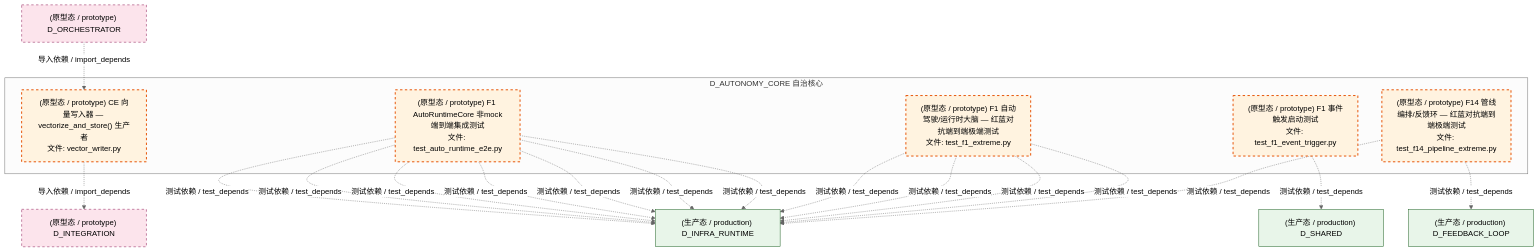
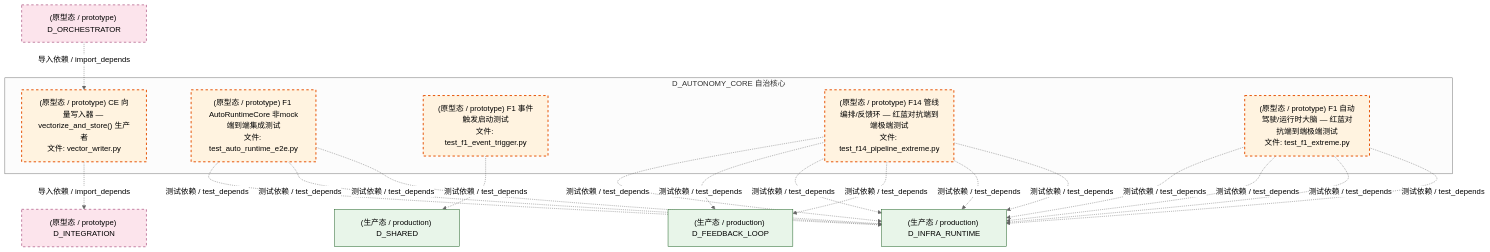
The seventh of 8 diagrams in docs/02_enterprise_architecture/02_domain_architecture_docs/07_d_autonomy_core.md (xuanFelixVan/ZephyrAlpha), drawn with Mermaid (neutral theme) before and after one commit. The commit also changed other lines of this file and 101 other files, not shown here.

````diff
--- a/docs/02_enterprise_architecture/02_domain_architecture_docs/07_d_autonomy_core.md
+++ b/docs/02_enterprise_architecture/02_domain_architecture_docs/07_d_autonomy_core.md
@@ -762,38 +763,38 @@
 ```mermaid
 graph TD
     subgraph D_AUTONOMY_CORE["D_AUTONOMY_CORE 自治核心"]
         src_zephyr_integration_vector_memory_vector_writer_py["(原型态 / prototype) CE 向量写入器 — vectorize_and_store() 生产者<br/>文件: vector_writer.py"]
         tests_automation_test_auto_runtime_e2e_py["(原型态 / prototype) F1 AutoRuntimeCore 非mock端到端集成测试<br/>文件: test_auto_runtime_e2e.py"]
         tests_f_lifecycle_test_f1_event_trigger_py["(原型态 / prototype) F1 事件触发启动测试<br/>文件: test_f1_event_trigger.py"]
         tests_trading_extreme_test_f14_pipeline_extreme_py["(原型态 / prototype) F14 管线编排/反馈环 — 红蓝对抗端到端极端测试<br/>文件: test_f14_pipeline_extreme.py"]
         tests_trading_extreme_test_f1_extreme_py["(原型态 / prototype) F1 自动驾驶/运行时大脑 — 红蓝对抗端到端极端测试<br/>文件: test_f1_extreme.py"]
     end
+    D_INFRA_RUNTIME["(生产态 / production) D_INFRA_RUNTIME"]
+    tests_automation_test_auto_runtime_e2e_py -.->|测试依赖 / test_depends| D_INFRA_RUNTIME
+    tests_trading_extreme_test_f14_pipeline_extreme_py -.->|测试依赖 / test_depends| D_INFRA_RUNTIME
+    D_FEEDBACK_LOOP["(生产态 / production) D_FEEDBACK_LOOP"]
+    tests_trading_extreme_test_f14_pipeline_extreme_py -.->|测试依赖 / test_depends| D_FEEDBACK_LOOP
+    D_SHARED["(生产态 / production) D_SHARED"]
+    tests_f_lifecycle_test_f1_event_trigger_py -.->|测试依赖 / test_depends| D_SHARED
+    tests_trading_extreme_test_f14_pipeline_extreme_py -.->|测试依赖 / test_depends| D_INFRA_RUNTIME
+    tests_trading_extreme_test_f1_extreme_py -.->|测试依赖 / test_depends| D_INFRA_RUNTIME
+    tests_trading_extreme_test_f1_extreme_py -.->|测试依赖 / test_depends| D_INFRA_RUNTIME
+    tests_automation_test_auto_runtime_e2e_py -.->|测试依赖 / test_depends| D_INFRA_RUNTIME
+    tests_trading_extreme_test_f14_pipeline_extreme_py -.->|测试依赖 / test_depends| D_FEEDBACK_LOOP
+    tests_trading_extreme_test_f1_extreme_py -.->|测试依赖 / test_depends| D_INFRA_RUNTIME
     D_INTEGRATION["(原型态 / prototype) D_INTEGRATION"]
     src_zephyr_integration_vector_memory_vector_writer_py -.->|导入依赖 / import_depends| D_INTEGRATION
-    D_INFRA_RUNTIME["(生产态 / production) D_INFRA_RUNTIME"]
+    tests_trading_extreme_test_f14_pipeline_extreme_py -.->|测试依赖 / test_depends| D_INFRA_RUNTIME
+    tests_trading_extreme_test_f14_pipeline_extreme_py -.->|测试依赖 / test_depends| D_INFRA_RUNTIME
     tests_automation_test_auto_runtime_e2e_py -.->|测试依赖 / test_depends| D_INFRA_RUNTIME
-    tests_automation_test_auto_runtime_e2e_py -.->|测试依赖 / test_depends| D_INFRA_RUNTIME
-    tests_automation_test_auto_runtime_e2e_py -.->|测试依赖 / test_depends| D_INFRA_RUNTIME
-    tests_automation_test_auto_runtime_e2e_py -.->|测试依赖 / test_depends| D_INFRA_RUNTIME
-    tests_automation_test_auto_runtime_e2e_py -.->|测试依赖 / test_depends| D_INFRA_RUNTIME
-    tests_automation_test_auto_runtime_e2e_py -.->|测试依赖 / test_depends| D_INFRA_RUNTIME
-    tests_automation_test_auto_runtime_e2e_py -.->|测试依赖 / test_depends| D_INFRA_RUNTIME
-    D_SHARED["(生产态 / production) D_SHARED"]
-    tests_f_lifecycle_test_f1_event_trigger_py -.->|测试依赖 / test_depends| D_SHARED
     tests_trading_extreme_test_f1_extreme_py -.->|测试依赖 / test_depends| D_INFRA_RUNTIME
-    tests_trading_extreme_test_f1_extreme_py -.->|测试依赖 / test_depends| D_INFRA_RUNTIME
-    tests_trading_extreme_test_f1_extreme_py -.->|测试依赖 / test_depends| D_INFRA_RUNTIME
-    tests_trading_extreme_test_f1_extreme_py -.->|测试依赖 / test_depends| D_INFRA_RUNTIME
-    D_FEEDBACK_LOOP["(生产态 / production) D_FEEDBACK_LOOP"]
-    tests_trading_extreme_test_f14_pipeline_extreme_py -.->|测试依赖 / test_depends| D_FEEDBACK_LOOP
-    tests_trading_extreme_test_f14_pipeline_extreme_py -.->|测试依赖 / test_depends| D_INFRA_RUNTIME
     D_ORCHESTRATOR["(原型态 / prototype) D_ORCHESTRATOR"]
     D_ORCHESTRATOR -.->|导入依赖 / import_depends| src_zephyr_integration_vector_memory_vector_writer_py
     classDef production fill:#e1f5fe,stroke:#01579b,stroke-width:2px,color:#000
     classDef design fill:#fff3e0,stroke:#e65100,stroke-width:2px,color:#000,stroke-dasharray: 5 5
     classDef external_prod fill:#e8f5e9,stroke:#1b5e20,stroke-width:1px,color:#000
     classDef external_design fill:#fce4ec,stroke:#880e4f,stroke-width:1px,color:#000,stroke-dasharray: 5 5
     class src_zephyr_integration_vector_memory_vector_writer_py,tests_automation_test_auto_runtime_e2e_py,tests_f_lifecycle_test_f1_event_trigger_py,tests_trading_extreme_test_f14_pipeline_extreme_py,tests_trading_extreme_test_f1_extreme_py design
-    class D_INFRA_RUNTIME,D_SHARED,D_FEEDBACK_LOOP external_prod
+    class D_INFRA_RUNTIME,D_FEEDBACK_LOOP,D_SHARED external_prod
     class D_INTEGRATION,D_ORCHESTRATOR external_design
 ```
````
